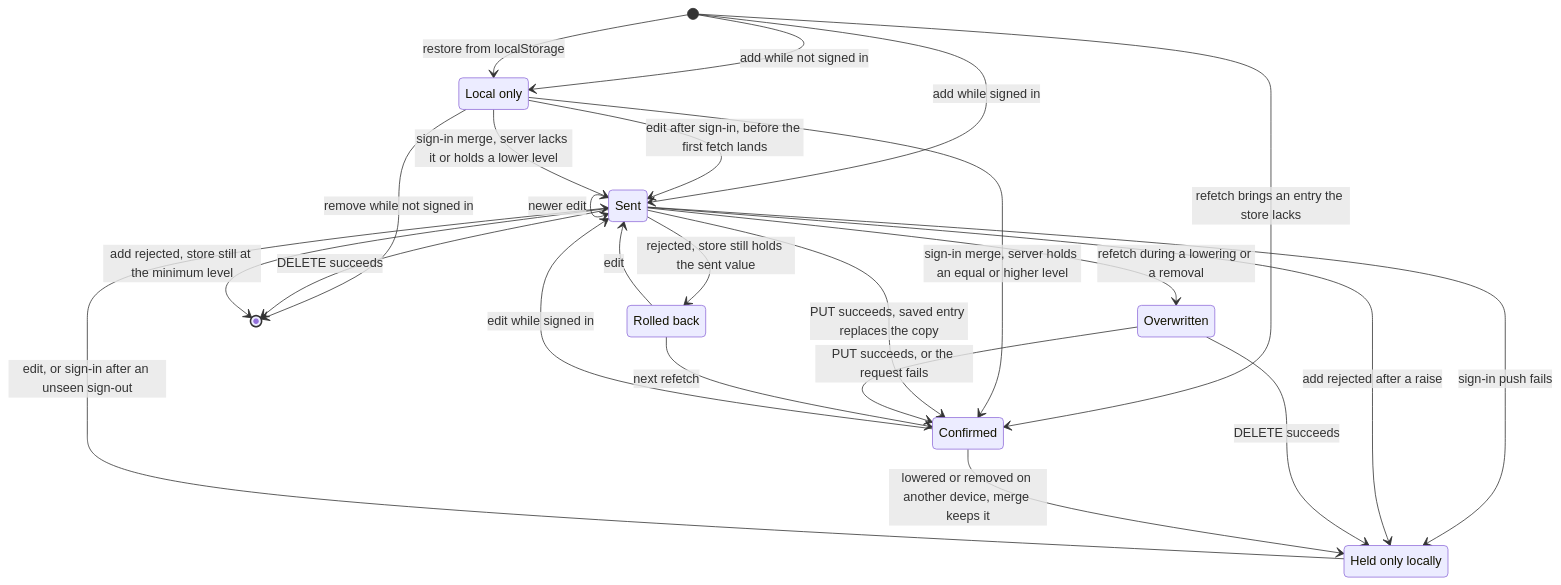
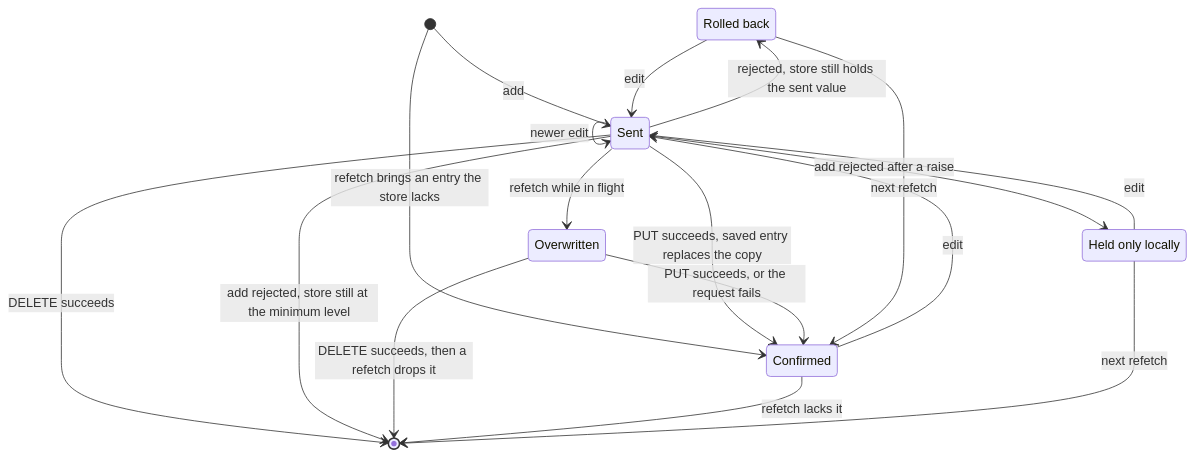
The first of 3 diagrams in docs/reference/data-flow-lifecycles.md (dungeon-studio/genshin.dungeon.studio), drawn with Mermaid before and after one commit. The commit also changed other lines of this file and 32 other files, not shown here.

First line of the commit message:
feat(web): make collections sign-in-only

````diff
--- a/docs/reference/data-flow-lifecycles.md
+++ b/docs/reference/data-flow-lifecycles.md
@@ -46,30 +46,23 @@
 ```mermaid
 stateDiagram-v2
-  state "Local only" as LocalOnly
   state "Rolled back" as RolledBack
   state "Held only locally" as HeldLocally
 
-  [*] --> LocalOnly: add while not signed in
-  [*] --> LocalOnly: restore from localStorage
-  [*] --> Sent: add while signed in
+  [*] --> Sent: add
   [*] --> Confirmed: refetch brings an entry the store lacks
-  LocalOnly --> Sent: edit after sign-in, before the first fetch lands
-  LocalOnly --> Sent: sign-in merge, server lacks it or holds a lower level
-  LocalOnly --> Confirmed: sign-in merge, server holds an equal or higher level
-  LocalOnly --> [*]: remove while not signed in
   Sent --> Sent: newer edit
   Sent --> Confirmed: PUT succeeds, saved entry replaces the copy
   Sent --> [*]: DELETE succeeds
   Sent --> [*]: add rejected, store still at the minimum level
   Sent --> RolledBack: rejected, store still holds the sent value
-  Sent --> Overwritten: refetch during a lowering or a removal
-  Sent --> HeldLocally: sign-in push fails
+  Sent --> Overwritten: refetch while in flight
   Sent --> HeldLocally: add rejected after a raise
   Overwritten --> Confirmed: PUT succeeds, or the request fails
-  Overwritten --> HeldLocally: DELETE succeeds
-  Confirmed --> Sent: edit while signed in
-  Confirmed --> HeldLocally: lowered or removed on another device, merge keeps it
-  HeldLocally --> Sent: edit, or sign-in after an unseen sign-out
+  Overwritten --> [*]: DELETE succeeds, then a refetch drops it
+  Confirmed --> Sent: edit
+  Confirmed --> [*]: refetch lacks it
+  HeldLocally --> Sent: edit
+  HeldLocally --> [*]: next refetch
   RolledBack --> Sent: edit
   RolledBack --> Confirmed: next refetch
 ```
````
